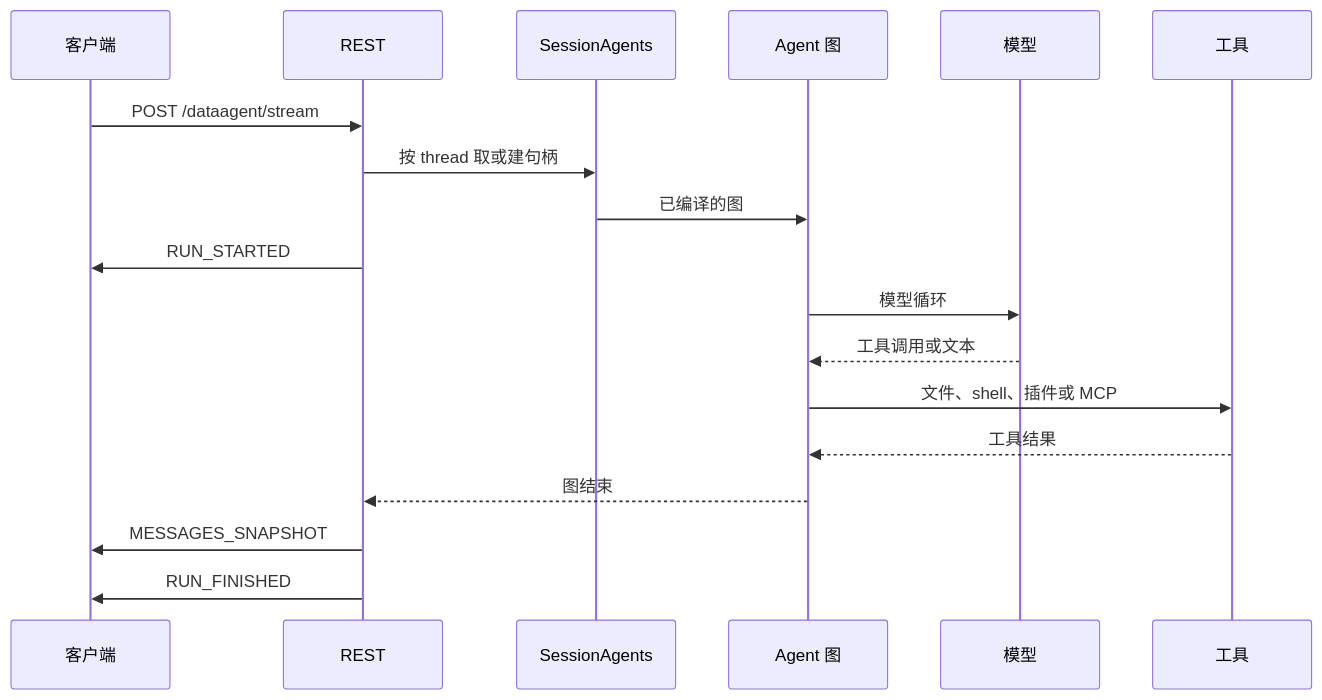
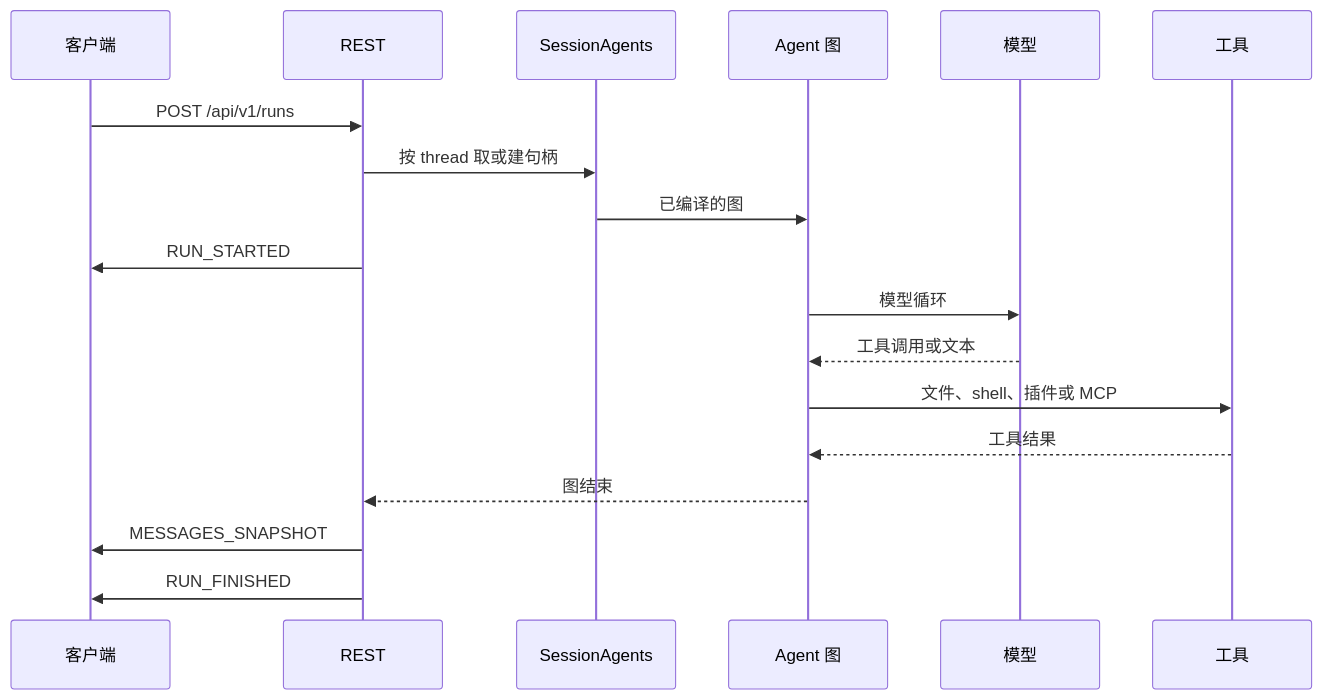
The diagram in runtime/agentkit/docs/architecture/execution.md (datagallery-ai/dataagent), drawn with Mermaid before and after one commit. The commit also changed other lines of this file and 213 other files, not shown here.

````diff
--- a/runtime/agentkit/docs/architecture/execution.md
+++ b/runtime/agentkit/docs/architecture/execution.md
@@ -5,20 +5,20 @@
 ```mermaid
 sequenceDiagram
   participant C as 客户端
   participant R as REST
   participant S as SessionAgents
   participant A as Agent 图
   participant M as 模型
   participant T as 工具
-  C->>R: POST /dataagent/stream
+  C->>R: POST /api/v1/runs
   R->>S: 按 thread 取或建句柄
   S->>A: 已编译的图
   R->>C: RUN_STARTED
   A->>M: 模型循环
   M-->>A: 工具调用或文本
   A->>T: 文件、shell、插件或 MCP
   T-->>A: 工具结果
   A-->>R: 图结束
   R->>C: MESSAGES_SNAPSHOT
   R->>C: RUN_FINISHED
 ```
````
